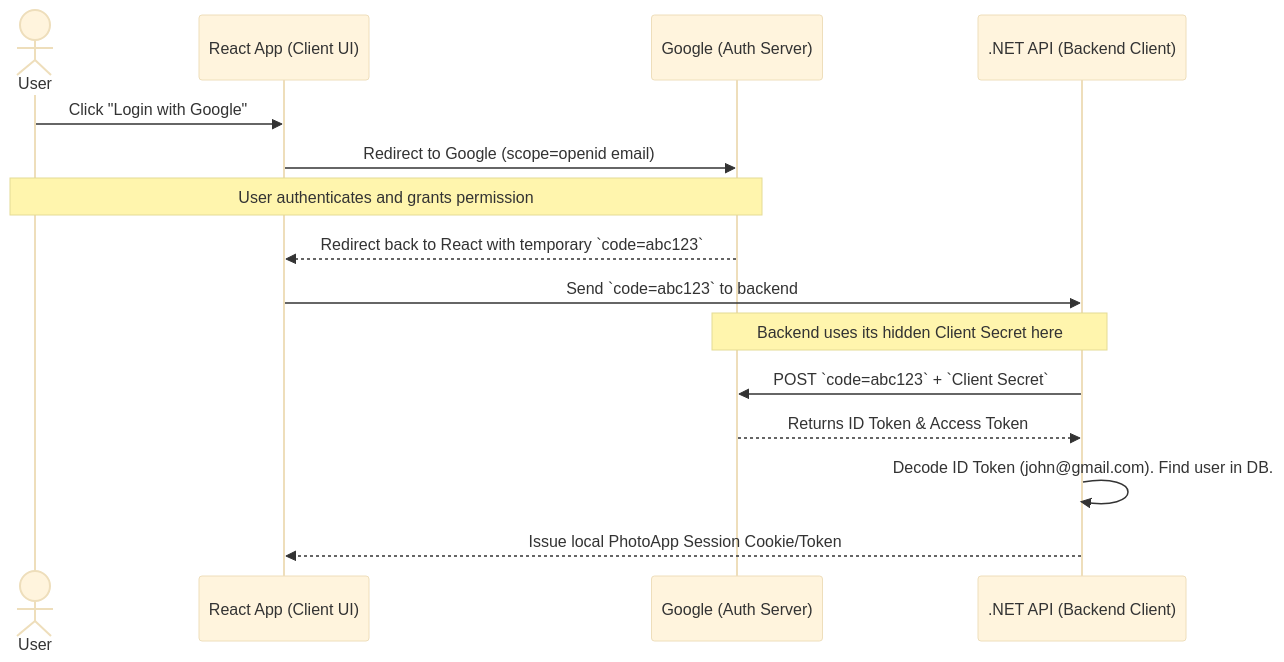
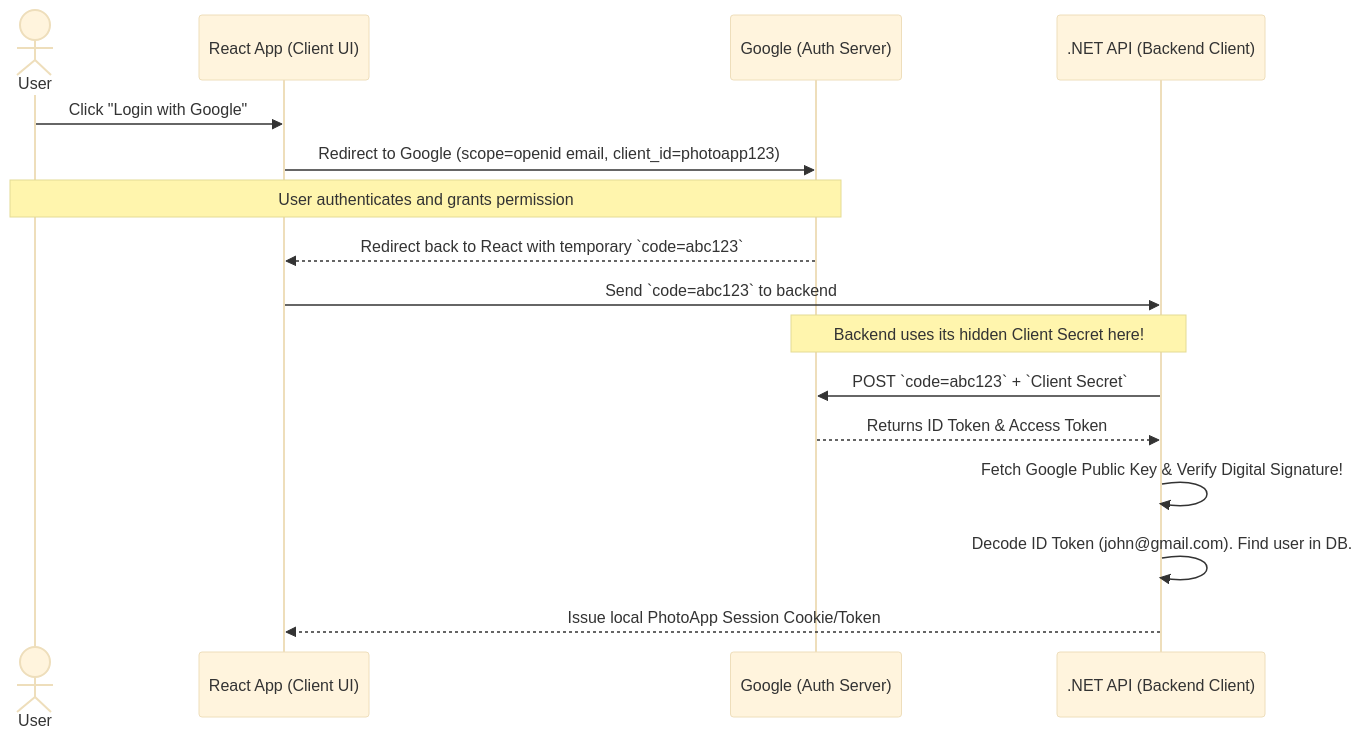
The first of 2 diagrams in 02_AuthN_Federation/06_OIDC_Intro.md (nirajp82/IdentityAccessManagement_IAM), drawn with Mermaid (base theme) before and after one commit. The commit also changed other lines of this file, not shown here.

````diff
--- a/02_AuthN_Federation/06_OIDC_Intro.md
+++ b/02_AuthN_Federation/06_OIDC_Intro.md
@@ -131,23 +161,24 @@
 ```mermaid
 sequenceDiagram
     actor User
     participant React as React App (Client UI)
     participant Google as Google (Auth Server)
     participant API as .NET API (Backend Client)
 
     User->>React: Click "Login with Google"
-    React->>Google: Redirect to Google (scope=openid email)
+    React->>Google: Redirect to Google (scope=openid email, client_id=photoapp123)
     
     Note over User,Google: User authenticates and grants permission
     Google-->>React: Redirect back to React with temporary `code=abc123`
     
     React->>API: Send `code=abc123` to backend
     
-    Note over API,Google: Backend uses its hidden Client Secret here
+    Note over API,Google: Backend uses its hidden Client Secret here!
     API->>Google: POST `code=abc123` + `Client Secret`
     Google-->>API: Returns ID Token & Access Token
     
+    API->>API: Fetch Google Public Key & Verify Digital Signature!
     API->>API: Decode ID Token (john@gmail.com). Find user in DB.
     API-->>React: Issue local PhotoApp Session Cookie/Token
 
 ```
````
